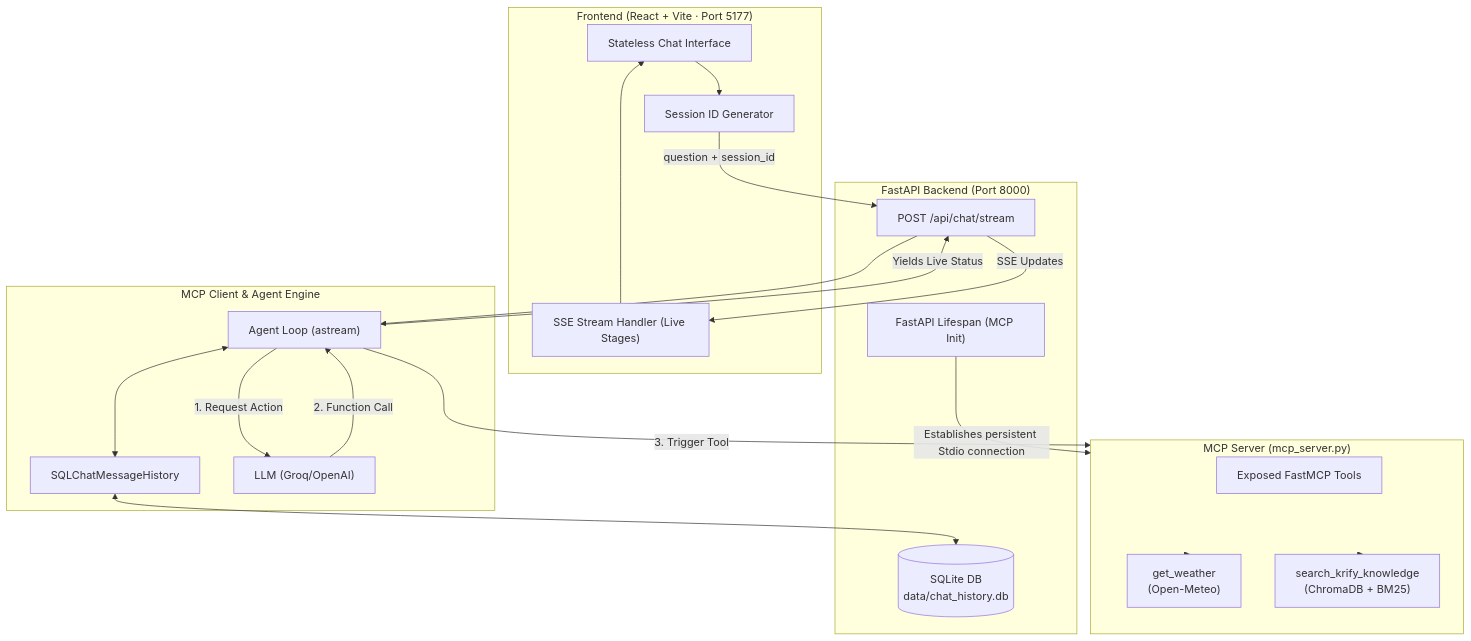
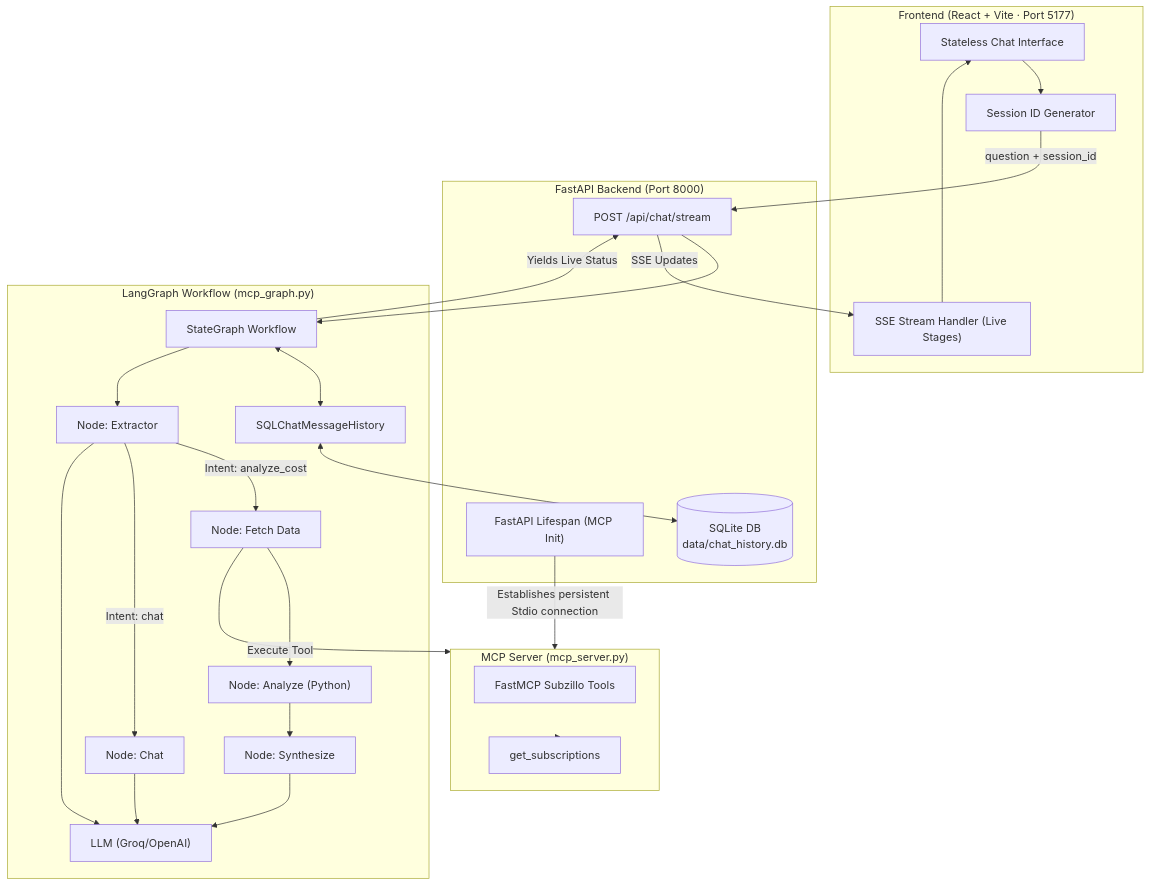
The first of 2 diagrams in ARCHITECTURE.md (vasu79-debug/Rag-based-chatbot-application), drawn with Mermaid before and after one commit. The commit also changed other lines of this file and 12 other files, not shown here.

````diff
--- a/ARCHITECTURE.md
+++ b/ARCHITECTURE.md
@@ -9,44 +9,56 @@
 ```mermaid
 flowchart TD
     subgraph Client ["Frontend (React + Vite · Port 5177)"]
         UI["Stateless Chat Interface"]
         Session["Session ID Generator"]
         SSE["SSE Stream Handler (Live Stages)"]
     end
 
     subgraph API ["FastAPI Backend (Port 8000)"]
         Lifespan["FastAPI Lifespan (MCP Init)"]
         ChatEP["POST /api/chat/stream"]
         DB[(SQLite DB\ndata/chat_history.db)]
     end
 
-    subgraph MCPClient ["MCP Client & Agent Engine"]
-        Graph["Agent Loop (astream)"]
+    subgraph MCPClient ["LangGraph Workflow (mcp_graph.py)"]
+        Graph["StateGraph Workflow"]
         SQLStore["SQLChatMessageHistory"]
         LLM["LLM (Groq/OpenAI)"]
+        
+        ExtractorNode["Node: Extractor"]
+        FetchNode["Node: Fetch Data"]
+        AnalyzeNode["Node: Analyze (Python)"]
+        SynthNode["Node: Synthesize"]
+        ChatNode["Node: Chat"]
     end
 
     subgraph MCPServer ["MCP Server (mcp_server.py)"]
-        Tools["Exposed FastMCP Tools"]
-        WeatherAPI["get_weather\n(Open-Meteo)"]
-        RAGAPI["search_krify_knowledge\n(ChromaDB + BM25)"]
+        Tools["FastMCP Subzillo Tools"]
+        GetSubs["get_subscriptions"]
     end
 
     UI --> Session
     Session -->|question + session_id| ChatEP
     Lifespan -->|Establishes persistent Stdio connection| MCPServer
     
     ChatEP --> Graph
     Graph <--> SQLStore
     SQLStore <--> DB
     
-    Graph -->|1. Request Action| LLM
-    LLM -->|2. Function Call| Graph
-    Graph -->|3. Trigger Tool| MCPServer
-    MCPServer --> WeatherAPI
-    MCPServer --> RAGAPI
+    Graph --> ExtractorNode
+    ExtractorNode -->|Intent: analyze_cost| FetchNode
+    ExtractorNode -->|Intent: chat| ChatNode
+    FetchNode --> AnalyzeNode
+    AnalyzeNode --> SynthNode
+    
+    ExtractorNode --> LLM
+    SynthNode --> LLM
+    ChatNode --> LLM
+    
+    FetchNode -->|Execute Tool| MCPServer
+    MCPServer --> GetSubs
     
     Graph -->|Yields Live Status| ChatEP
     ChatEP -->|SSE Updates| SSE
     SSE --> UI
 ```
````
